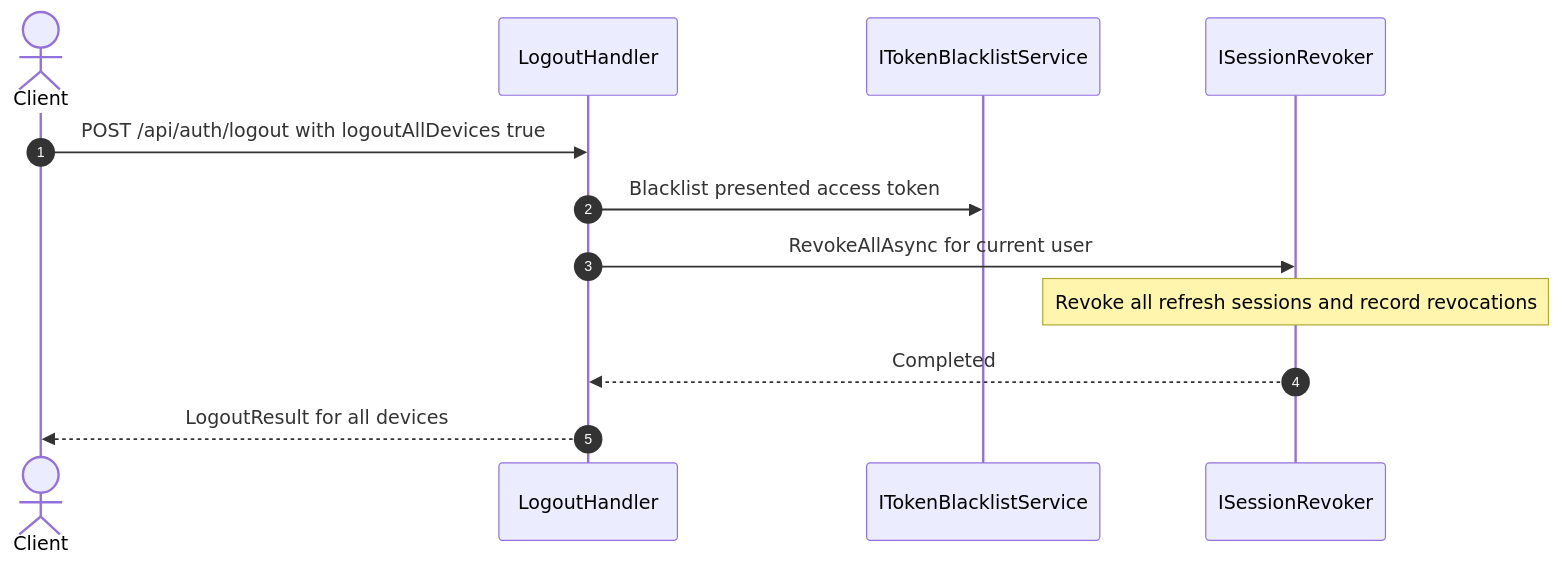
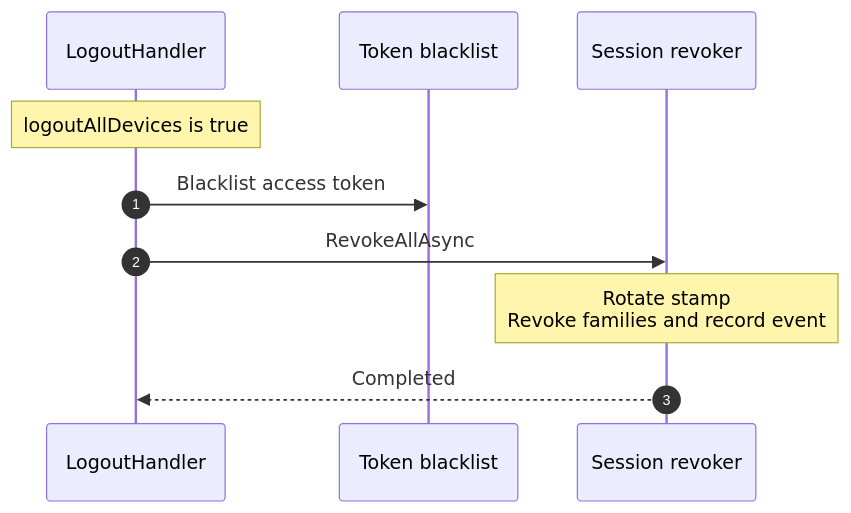
Before and after one commit to mhasabalah/StarterKit: the sixth of 6 diagrams in wiki/Identity/jwt/JWT-AUTH-TECHNICAL-GUIDE.md, drawn with Mermaid. The commit also changed other lines of this file and 7 other files, not shown here.

````diff
--- a/wiki/Identity/jwt/JWT-AUTH-TECHNICAL-GUIDE.md
+++ b/wiki/Identity/jwt/JWT-AUTH-TECHNICAL-GUIDE.md
@@ -270,14 +164,12 @@
 ```mermaid
 sequenceDiagram
   autonumber
-  actor Client
   participant L as LogoutHandler
-  participant B as ITokenBlacklistService
-  participant S as ISessionRevoker
-  Client->>L: POST /api/auth/logout with logoutAllDevices true
-  L->>B: Blacklist presented access token
-  L->>S: RevokeAllAsync for current user
-  Note over S: Revoke all refresh sessions and record revocations
+  participant B as Token blacklist
+  participant S as Session revoker
+  Note over L: logoutAllDevices is true
+  L->>B: Blacklist access token
+  L->>S: RevokeAllAsync
+  Note over S: Rotate stamp<br/>Revoke families and record event
   S-->>L: Completed
-  L-->>Client: LogoutResult for all devices
 ```
````
